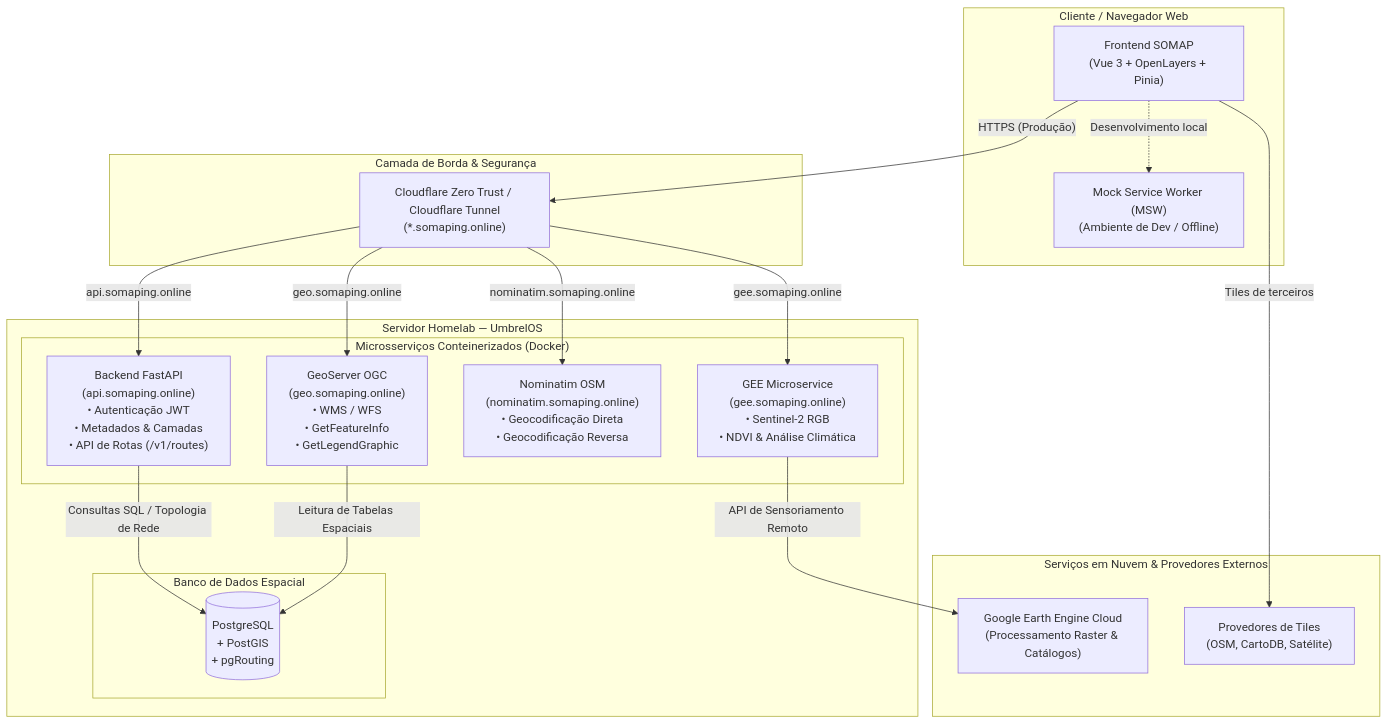
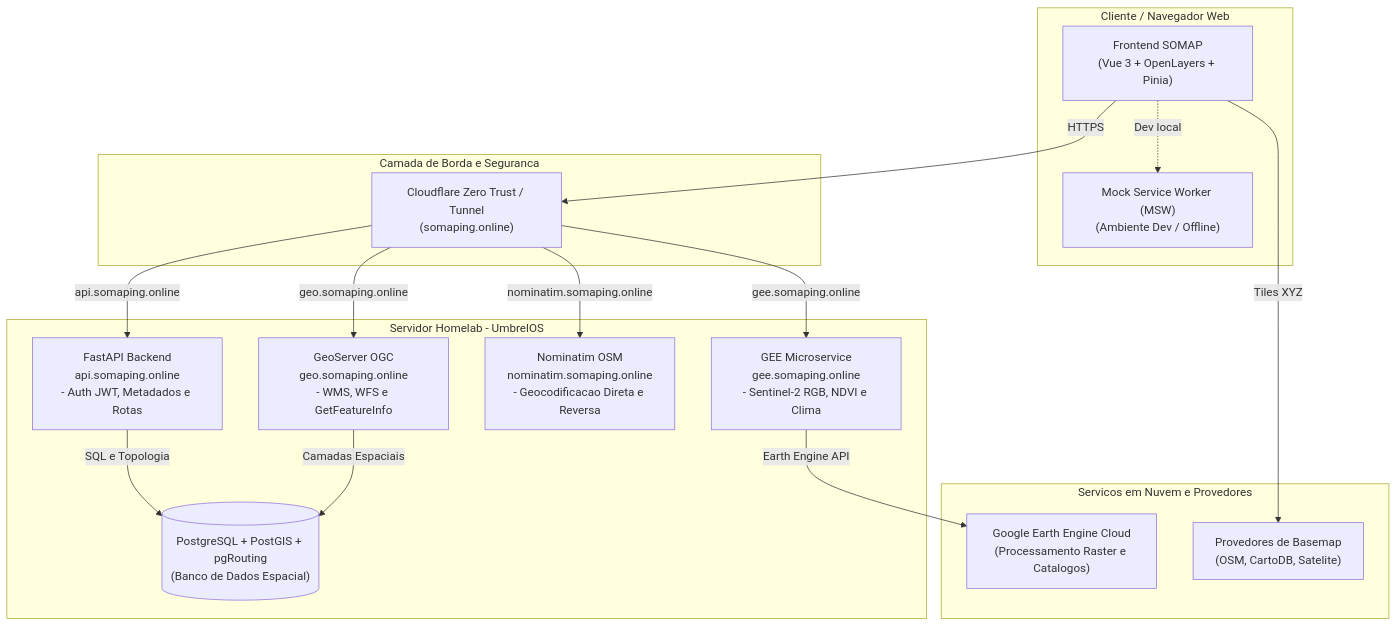
One commit to silasogis/somap changed the diagram in README.md. Above: the diagram before and after it, drawn with Mermaid.

Commit message:
correcao da sintaxe do diagrama Mermaid para github

````diff
--- a/README.md
+++ b/README.md
@@ -82,47 +82,38 @@
 ```mermaid
-flowchart TB
-    subgraph Client["Cliente / Navegador Web"]
-        UI["Frontend SOMAP\n(Vue 3 + OpenLayers + Pinia)"]
-        MSW["Mock Service Worker (MSW)\n(Ambiente de Dev / Offline)"]
+flowchart TD
+    subgraph Client [Cliente / Navegador Web]
+        UI["Frontend SOMAP<br/>(Vue 3 + OpenLayers + Pinia)"]
+        MSW["Mock Service Worker (MSW)<br/>(Ambiente Dev / Offline)"]
     end
 
-    subgraph Edge["Camada de Borda & Segurança"]
-        CF["Cloudflare Zero Trust / Cloudflare Tunnel\n(*.somaping.online)"]
+    subgraph Edge [Camada de Borda e Seguranca]
+        CF["Cloudflare Zero Trust / Tunnel<br/>(somaping.online)"]
     end
 
-    subgraph Umbrel["Servidor Homelab — UmbrelOS"]
-        subgraph DockerServices["Microsserviços Conteinerizados (Docker)"]
-            FASTAPI["Backend FastAPI\n(api.somaping.online)\n• Autenticação JWT\n• Metadados & Camadas\n• API de Rotas (/v1/routes)"]
-            GEOSERVER["GeoServer OGC\n(geo.somaping.online)\n• WMS / WFS\n• GetFeatureInfo\n• GetLegendGraphic"]
-            NOMINATIM["Nominatim OSM\n(nominatim.somaping.online)\n• Geocodificação Direta\n• Geocodificação Reversa"]
-            GEE_PROXY["GEE Microservice\n(gee.somaping.online)\n• Sentinel-2 RGB\n• NDVI & Análise Climática"]
-        end
-
-        subgraph SpatialDB["Banco de Dados Espacial"]
-            POSTGRES[("PostgreSQL\n+ PostGIS\n+ pgRouting")]
-        end
+    subgraph Umbrel [Servidor Homelab - UmbrelOS]
+        FASTAPI["FastAPI Backend<br/>api.somaping.online<br/>- Auth JWT, Metadados e Rotas"]
+        GEOSERVER["GeoServer OGC<br/>geo.somaping.online<br/>- WMS, WFS e GetFeatureInfo"]
+        NOMINATIM["Nominatim OSM<br/>nominatim.somaping.online<br/>- Geocodificacao Direta e Reversa"]
+        GEE_PROXY["GEE Microservice<br/>gee.somaping.online<br/>- Sentinel-2 RGB, NDVI e Clima"]
+        POSTGRES[("PostgreSQL + PostGIS + pgRouting<br/>(Banco de Dados Espacial)")]
     end
 
-    subgraph External["Serviços em Nuvem & Provedores Externos"]
-        GEE_CLOUD["Google Earth Engine Cloud\n(Processamento Raster & Catálogos)"]
-        BASEMAPS["Provedores de Tiles\n(OSM, CartoDB, Satélite)"]
+    subgraph Cloud [Servicos em Nuvem e Provedores]
+        GEE_CLOUD["Google Earth Engine Cloud<br/>(Processamento Raster e Catalogos)"]
+        BASEMAPS["Provedores de Basemap<br/>(OSM, CartoDB, Satelite)"]
     end
 
-    %% Conexões do Frontend
-    UI -.->|"Desenvolvimento local"| MSW
-    UI -->|"HTTPS (Produção)"| CF
-    UI -->|"Tiles de terceiros"| BASEMAPS
+    UI -.->|Dev local| MSW
+    UI -->|HTTPS| CF
+    UI -->|Tiles XYZ| BASEMAPS
 
-    %% Roteamento do Cloudflare Tunnel
-    CF -->|"api.somaping.online"| FASTAPI
-    CF -->|"geo.somaping.online"| GEOSERVER
-    CF -->|"nominatim.somaping.online"| NOMINATIM
-    CF -->|"gee.somaping.online"| GEE_PROXY
+    CF -->|api.somaping.online| FASTAPI
+    CF -->|geo.somaping.online| GEOSERVER
+    CF -->|nominatim.somaping.online| NOMINATIM
+    CF -->|gee.somaping.online| GEE_PROXY
 
-    %% Integrações internas no UmbrelOS
-    FASTAPI -->|"Consultas SQL / Topologia de Rede"| POSTGRES
-    GEOSERVER -->|"Leitura de Tabelas Espaciais"| POSTGRES
+    FASTAPI -->|SQL e Topologia| POSTGRES
+    GEOSERVER -->|Camadas Espaciais| POSTGRES
 
-    %% Integração externa do microsserviço GEE
-    GEE_PROXY -->|"API de Sensoriamento Remoto"| GEE_CLOUD
+    GEE_PROXY -->|Earth Engine API| GEE_CLOUD
 ```
````
